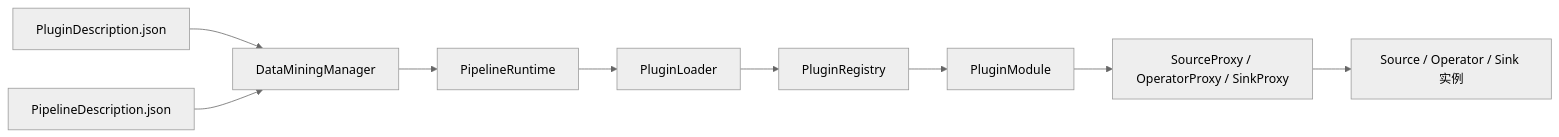
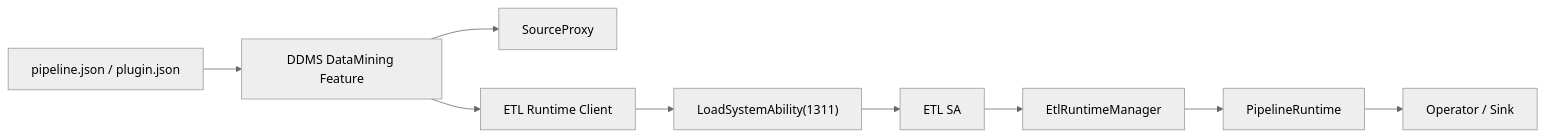
The first of 3 diagrams in services/distributeddataservice/service/data_mining/README.md (eclipse-oniro-mirrors/distributeddatamgr_datamgr_service), drawn with Mermaid (neutral theme) before and after one commit. The commit also changed other lines of this file, not shown here.

````diff
--- a/services/distributeddataservice/service/data_mining/README.md
+++ b/services/distributeddataservice/service/data_mining/README.md
@@ -192,11 +63,11 @@
 ```mermaid
 flowchart LR
-    A["PluginDescription.json"] --> B["DataMiningManager"]
-    C["PipelineDescription.json"] --> B
-    B --> D["PipelineRuntime"]
-    D --> E["PluginLoader"]
-    E --> F["PluginRegistry"]
-    F --> G["PluginModule"]
-    G --> H["SourceProxy / OperatorProxy / SinkProxy"]
-    H --> I["Source / Operator / Sink 实例"]
+    A["pipeline.json / plugin.json"] --> B["DDMS DataMining Feature"]
+    B --> C["SourceProxy"]
+    B --> D["ETL Runtime Client"]
+    D --> E["LoadSystemAbility(1311)"]
+    E --> F["ETL SA"]
+    F --> G["EtlRuntimeManager"]
+    G --> H["PipelineRuntime"]
+    H --> I["Operator / Sink"]
 ```
````
